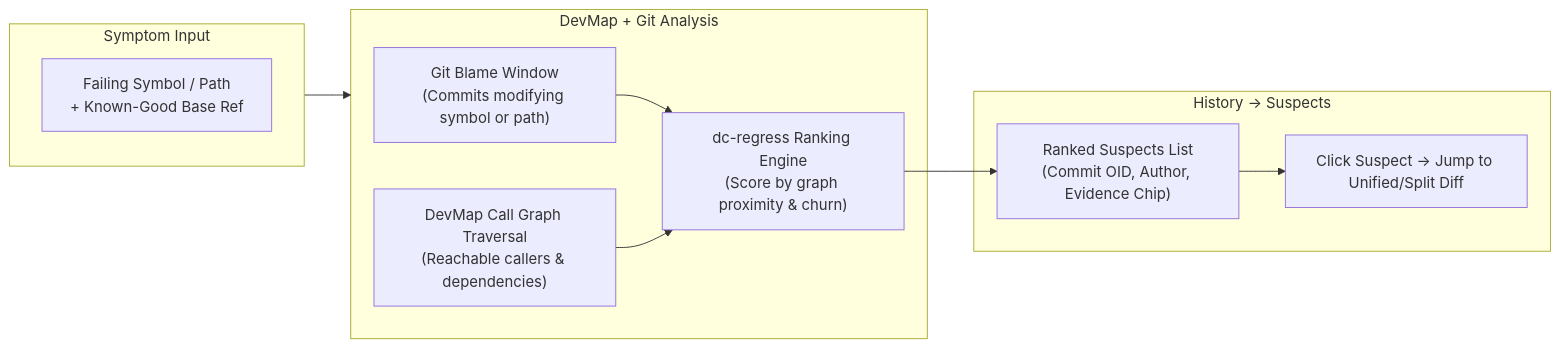
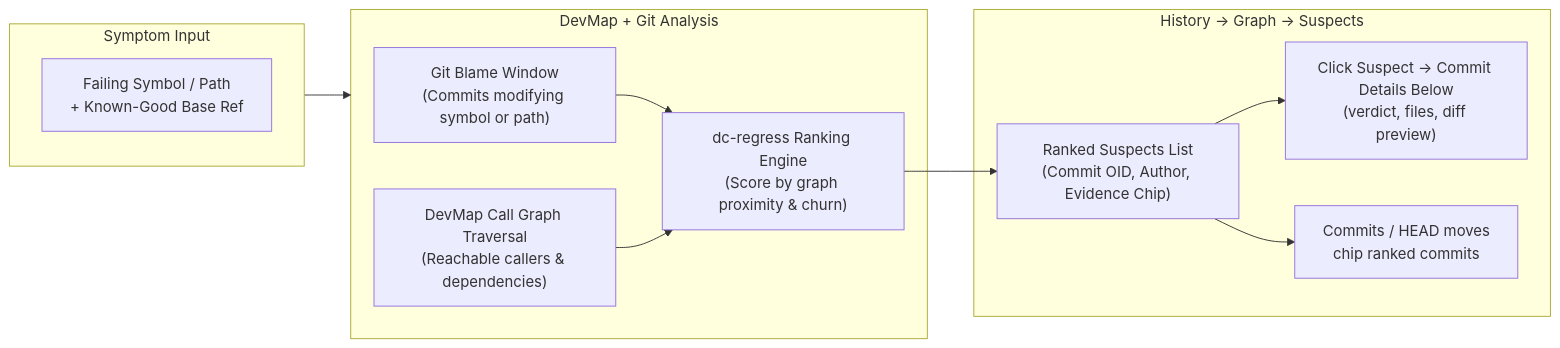
One commit to bharathvbcr/GitPulse changed the fourth of 4 diagrams in docs/FEATURES.md. Above: the diagram before and after it, drawn with Mermaid. The commit also changed other lines of this file and 41 other files, not shown here.

````diff
--- a/docs/FEATURES.md
+++ b/docs/FEATURES.md
@@ -401,22 +401,24 @@
 ```mermaid
 flowchart LR
     subgraph Input["Symptom Input"]
         Symptom["Failing Symbol / Path<br/>+ Known-Good Base Ref"]
     end
 
     subgraph Analysis["DevMap + Git Analysis"]
         Blame["Git Blame Window<br/>(Commits modifying symbol or path)"]
         GraphSearch["DevMap Call Graph Traversal<br/>(Reachable callers & dependencies)"]
         Ranker["dc-regress Ranking Engine<br/>(Score by graph proximity & churn)"]
         Blame --> Ranker
         GraphSearch --> Ranker
     end
 
-    subgraph Output["History → Suspects"]
+    subgraph Output["History → Graph → Suspects"]
         Results["Ranked Suspects List<br/>(Commit OID, Author, Evidence Chip)"]
-        DiffJump["Click Suspect → Jump to Unified/Split Diff"]
-        Ranker --> Results --> DiffJump
+        Details["Click Suspect → Commit Details Below<br/>(verdict, files, diff preview)"]
+        Chips["Commits / HEAD moves<br/>chip ranked commits"]
+        Ranker --> Results --> Details
+        Results --> Chips
     end
 
     Input --> Analysis
 ```
````
